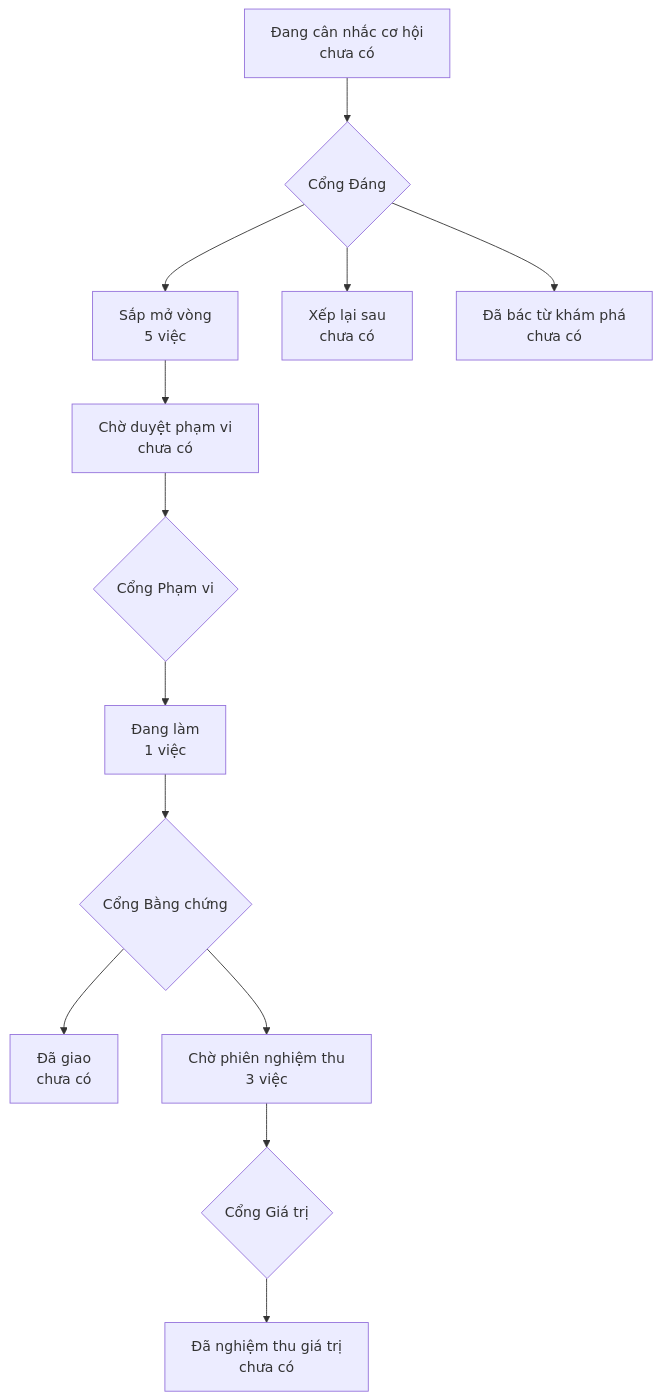
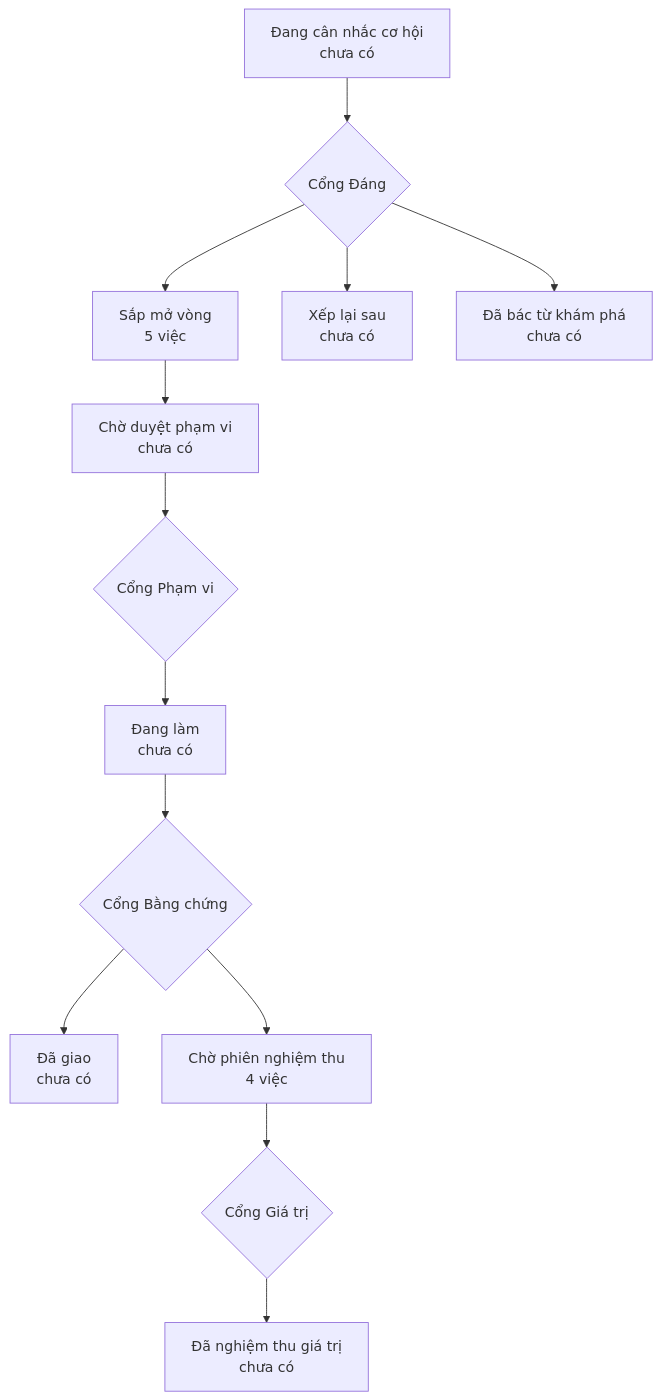
The diagram in PRODUCT-MAP.md (phanlemanh/onehub-quy-hang), drawn with Mermaid before and after one commit. The commit also changed other lines of this file and 7 other files, not shown here.

````diff
--- a/PRODUCT-MAP.md
+++ b/PRODUCT-MAP.md
@@ -7,12 +7,12 @@
 ```mermaid
 flowchart TD
   A["Đang cân nhắc cơ hội<br/>chưa có"] --> GD{"Cổng Đáng"}
   GD --> B["Sắp mở vòng<br/>5 việc"]
   GD --> XL["Xếp lại sau<br/>chưa có"]
   GD --> DB["Đã bác từ khám phá<br/>chưa có"]
   B --> CD["Chờ duyệt phạm vi<br/>chưa có"] --> GP{"Cổng Phạm vi"}
-  GP --> DL["Đang làm<br/>1 việc"] --> GB{"Cổng Bằng chứng"}
+  GP --> DL["Đang làm<br/>chưa có"] --> GB{"Cổng Bằng chứng"}
   GB --> DG["Đã giao<br/>chưa có"]
-  GB --> CN["Chờ phiên nghiệm thu<br/>3 việc"] --> GG{"Cổng Giá trị"}
+  GB --> CN["Chờ phiên nghiệm thu<br/>4 việc"] --> GG{"Cổng Giá trị"}
   GG --> NT["Đã nghiệm thu giá trị<br/>chưa có"]
 ```
````
